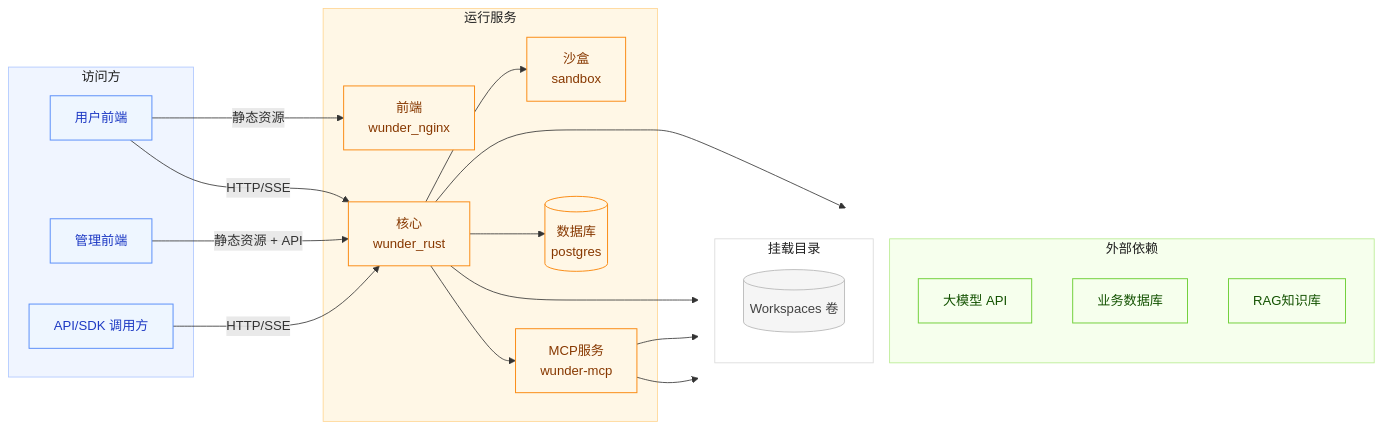
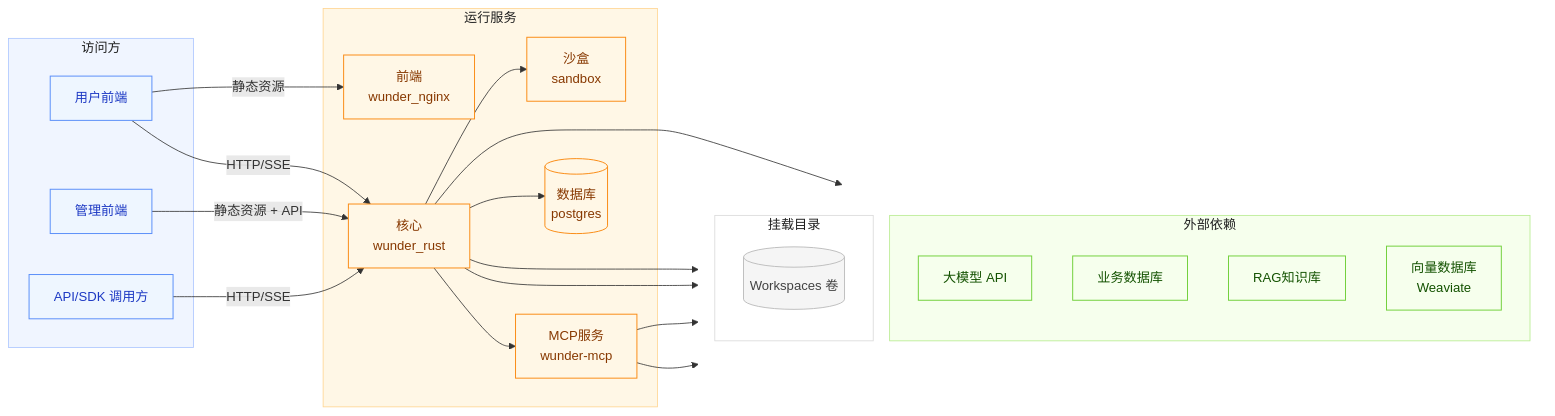
One commit to ylsdamxssjxxdd/wunder changed the first of 3 diagrams in docs/架构设计.md. Above: the diagram before and after it, drawn with Mermaid. The commit also changed other lines of this file and 11 other files, not shown here.

````diff
--- a/docs/架构设计.md
+++ b/docs/架构设计.md
@@ -14,58 +14,60 @@
 ```mermaid
 flowchart LR
   subgraph Clients["访问方"]
     UserUI["用户前端"]
     AdminUI["管理前端"]
     ApiClient["API/SDK 调用方"]
   end
 
   subgraph Runtime["运行服务"]
     Nginx["前端<br/>wunder_nginx"]
     RustAPI["核心<br/>wunder_rust"]
     Sandbox["沙盒<br/>sandbox"]
     MCP["MCP服务<br/>wunder-mcp"]
     PG[(数据库<br/>postgres)]
   end
 
   subgraph RightSide[" "]
     direction TB
     subgraph External["外部依赖"]
       LLM["大模型 API"]
       ExtDB["业务数据库"]
       KB["RAG知识库"]
+      VectorDB["向量数据库<br/>Weaviate"]
     end
     subgraph Mounts["挂载目录"]
       WS[(Workspaces 卷)]
     end
   end
 
   UserUI -->|静态资源| Nginx
   UserUI -->|HTTP/SSE| RustAPI
   AdminUI -->|静态资源 + API| RustAPI
   ApiClient -->|HTTP/SSE| RustAPI
 
   RustAPI --> PG
   RustAPI --> WS
   RustAPI --> LLM
+  RustAPI --> VectorDB
   RustAPI --> Sandbox
   RustAPI --> MCP
 
   MCP --> ExtDB
   MCP --> KB
 
   classDef client fill:#eef6ff,stroke:#5b8ff9,stroke-width:1.2px,color:#1d39c4;
   classDef runtime fill:#fff7e6,stroke:#fa8c16,stroke-width:1.2px,color:#873800;
   classDef external fill:#f6ffed,stroke:#73d13d,stroke-width:1.2px,color:#135200;
   classDef volume fill:#f5f5f5,stroke:#bfbfbf,stroke-width:1.2px,color:#434343;
 
   class UserUI,AdminUI,ApiClient client;
   class Nginx,RustAPI,Sandbox,MCP,PG runtime;
-  class LLM,ExtDB,KB external;
+  class LLM,ExtDB,KB,VectorDB external;
   class WS volume;
 
   style Clients fill:#f0f5ff,stroke:#adc6ff,stroke-width:1px,color:#1f1f1f;
   style Runtime fill:#fff7e6,stroke:#ffd591,stroke-width:1px,color:#1f1f1f;
   style External fill:#f6ffed,stroke:#b7eb8f,stroke-width:1px,color:#1f1f1f;
   style Mounts fill:#ffffff,stroke:#d9d9d9,stroke-width:1px,color:#1f1f1f;
   style RightSide fill:transparent,stroke:transparent,color:transparent;
 ```
````
